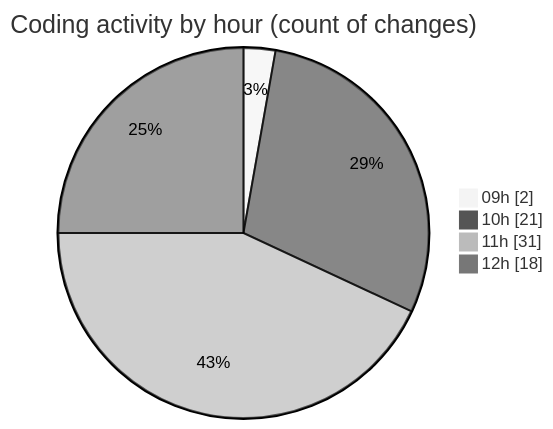
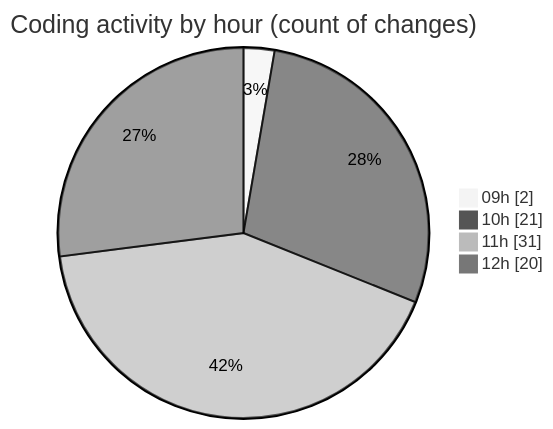
Before and after one commit to LanceThiago/code-tracking: the second of 2 diagrams in 2025-03-27/kml/README.md, drawn with Mermaid (neutral theme). The commit also changed other lines of this file and 1 other file, not shown here.

````diff
--- a/2025-03-27/kml/README.md
+++ b/2025-03-27/kml/README.md
@@ -40,8 +40,8 @@
 ```mermaid
 pie showData
 title Coding activity by hour (count of changes)
 "09h" : 2
 "10h" : 21
 "11h" : 31
-"12h" : 18
+"12h" : 20
 ```
````
